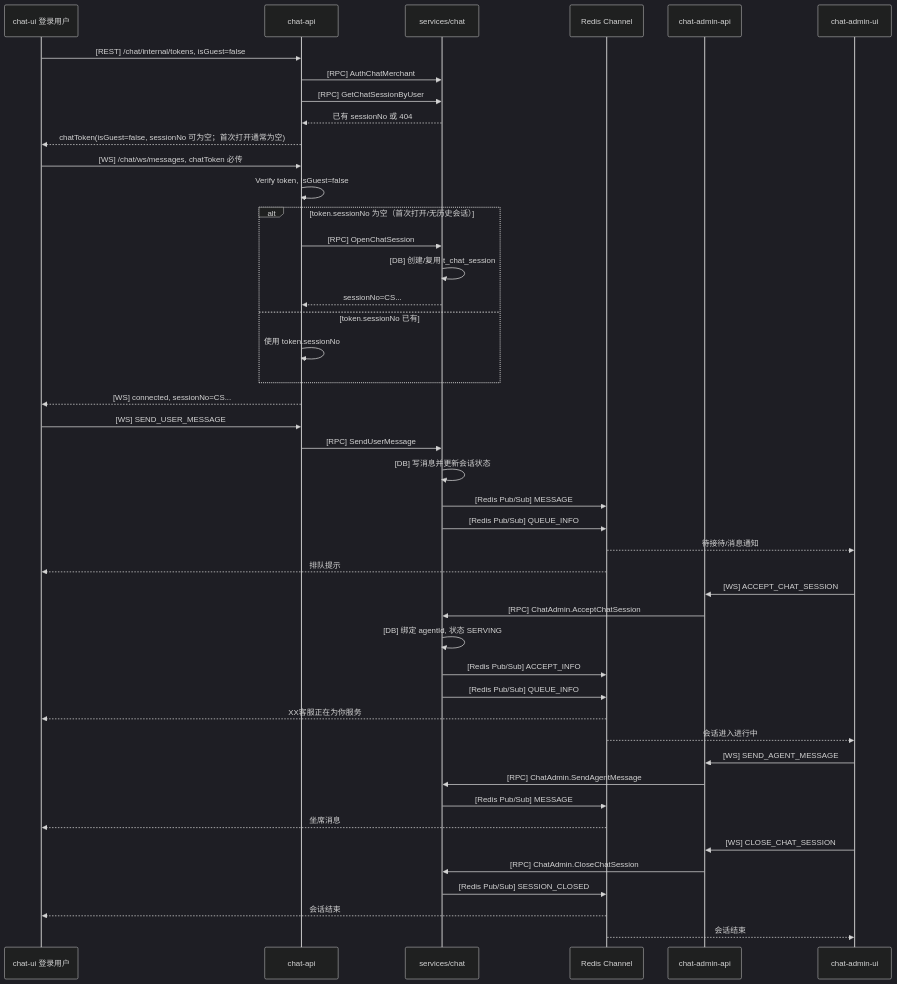
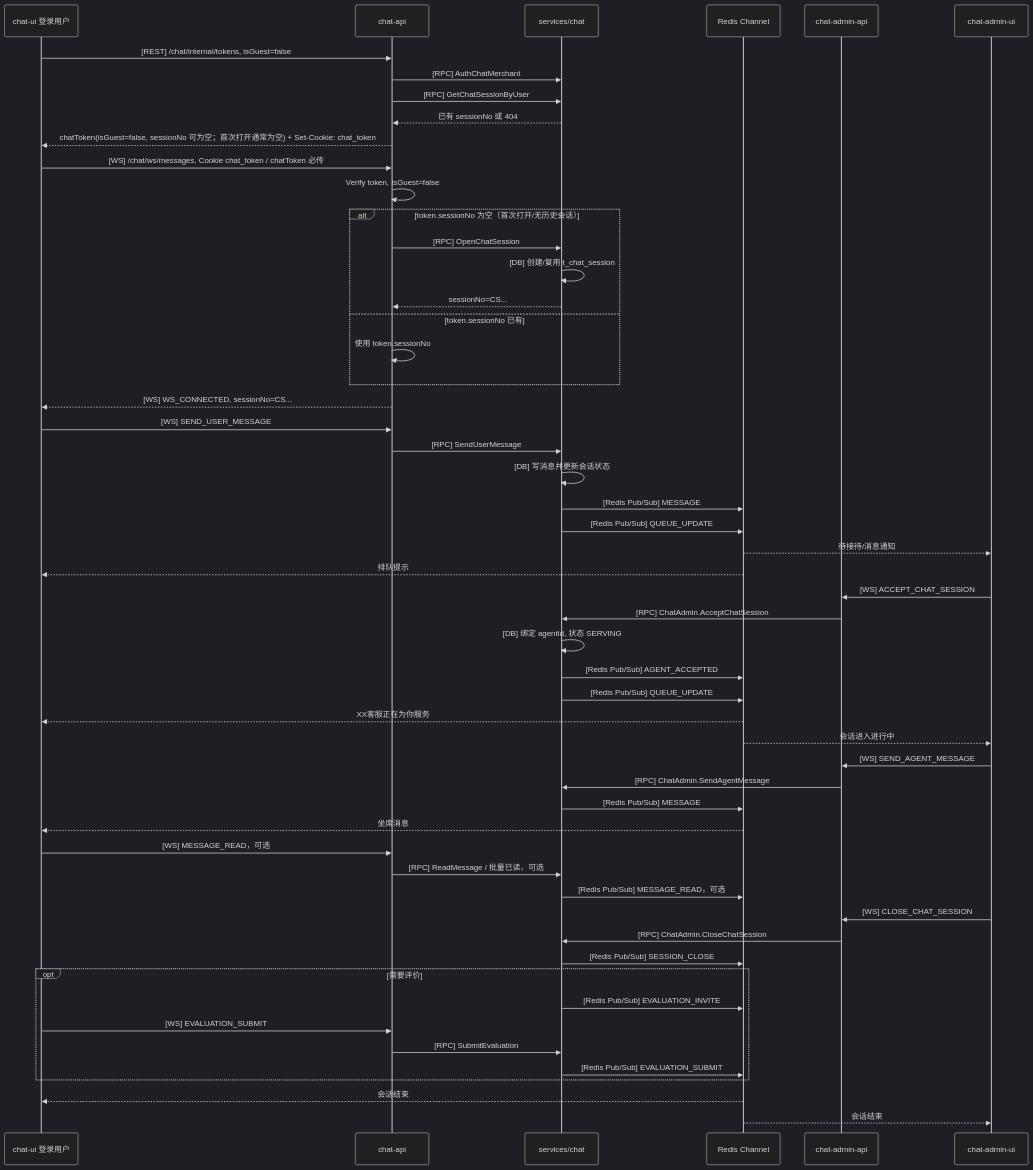
One commit to colbort/wklive changed the third of 4 diagrams in services/chat/CHAT_FLOW.md. Above: the diagram before and after it, drawn with Mermaid (dark theme). The commit also changed other lines of this file and 4 other files, not shown here.

````diff
--- a/services/chat/CHAT_FLOW.md
+++ b/services/chat/CHAT_FLOW.md
@@ -147,48 +165,57 @@
 ```mermaid
 sequenceDiagram
     participant U as chat-ui 登录用户
     participant CA as chat-api
     participant RPC as services/chat
     participant BUS as Redis Channel
     participant AA as chat-admin-api
     participant AU as chat-admin-ui
 
     U->>CA: [REST] /chat/internal/tokens, isGuest=false
     CA->>RPC: [RPC] AuthChatMerchant
     CA->>RPC: [RPC] GetChatSessionByUser
     RPC-->>CA: 已有 sessionNo 或 404
-    CA-->>U: chatToken(isGuest=false, sessionNo 可为空；首次打开通常为空)
-    U->>CA: [WS] /chat/ws/messages, chatToken 必传
+    CA-->>U: chatToken(isGuest=false, sessionNo 可为空；首次打开通常为空) + Set-Cookie: chat_token
+    U->>CA: [WS] /chat/ws/messages, Cookie chat_token / chatToken 必传
     CA->>CA: Verify token, IsGuest=false
     alt token.sessionNo 为空（首次打开/无历史会话）
         CA->>RPC: [RPC] OpenChatSession
         RPC->>RPC: [DB] 创建/复用 t_chat_session
         RPC-->>CA: sessionNo=CS...
     else token.sessionNo 已有
         CA->>CA: 使用 token.sessionNo
     end
-    CA-->>U: [WS] connected, sessionNo=CS...
+    CA-->>U: [WS] WS_CONNECTED, sessionNo=CS...
     U->>CA: [WS] SEND_USER_MESSAGE
     CA->>RPC: [RPC] SendUserMessage
     RPC->>RPC: [DB] 写消息并更新会话状态
     RPC->>BUS: [Redis Pub/Sub] MESSAGE
-    RPC->>BUS: [Redis Pub/Sub] QUEUE_INFO
+    RPC->>BUS: [Redis Pub/Sub] QUEUE_UPDATE
     BUS-->>AU: 待接待/消息通知
     BUS-->>U: 排队提示
     AU->>AA: [WS] ACCEPT_CHAT_SESSION
     AA->>RPC: [RPC] ChatAdmin.AcceptChatSession
     RPC->>RPC: [DB] 绑定 agentId, 状态 SERVING
-    RPC->>BUS: [Redis Pub/Sub] ACCEPT_INFO
-    RPC->>BUS: [Redis Pub/Sub] QUEUE_INFO
+    RPC->>BUS: [Redis Pub/Sub] AGENT_ACCEPTED
+    RPC->>BUS: [Redis Pub/Sub] QUEUE_UPDATE
     BUS-->>U: XX客服正在为你服务
     BUS-->>AU: 会话进入进行中
     AU->>AA: [WS] SEND_AGENT_MESSAGE
     AA->>RPC: [RPC] ChatAdmin.SendAgentMessage
     RPC->>BUS: [Redis Pub/Sub] MESSAGE
     BUS-->>U: 坐席消息
+    U->>CA: [WS] MESSAGE_READ，可选
+    CA->>RPC: [RPC] ReadMessage / 批量已读，可选
+    RPC->>BUS: [Redis Pub/Sub] MESSAGE_READ，可选
     AU->>AA: [WS] CLOSE_CHAT_SESSION
     AA->>RPC: [RPC] ChatAdmin.CloseChatSession
-    RPC->>BUS: [Redis Pub/Sub] SESSION_CLOSED
+    RPC->>BUS: [Redis Pub/Sub] SESSION_CLOSE
+    opt 需要评价
+        RPC->>BUS: [Redis Pub/Sub] EVALUATION_INVITE
+        U->>CA: [WS] EVALUATION_SUBMIT
+        CA->>RPC: [RPC] SubmitEvaluation
+        RPC->>BUS: [Redis Pub/Sub] EVALUATION_SUBMIT
+    end
     BUS-->>U: 会话结束
     BUS-->>AU: 会话结束
 ```
````
